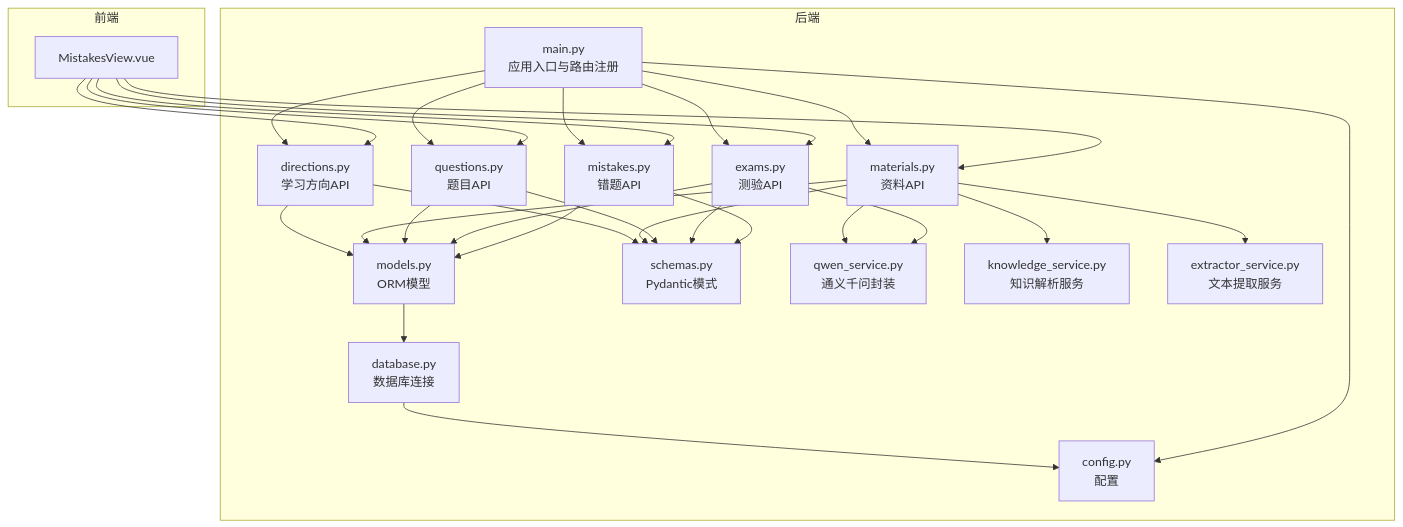
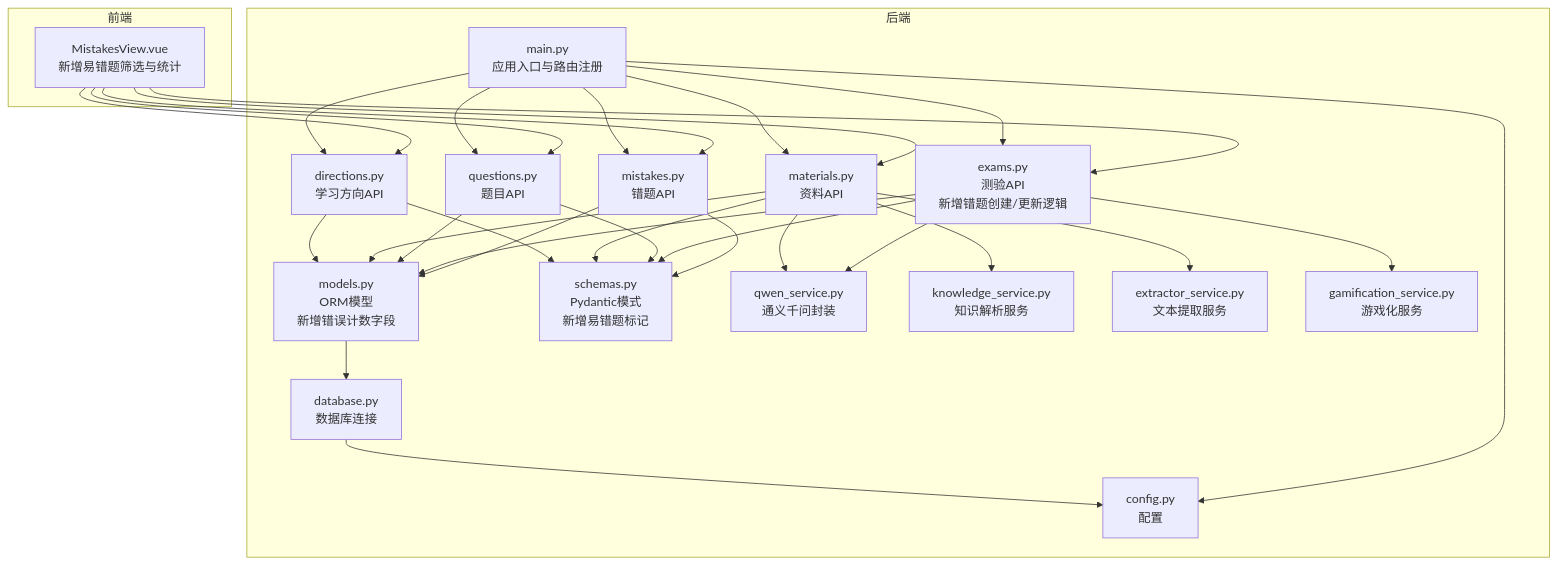
The first of 7 diagrams in .qoder/repowiki/zh/content/核心功能模块/错题管理系统.md (zhiwenli-jack/personal-learning-manager), drawn with Mermaid before and after one commit. The commit also changed other lines of this file and 12 other files, not shown here.

````diff
--- a/.qoder/repowiki/zh/content/核心功能模块/错题管理系统.md
+++ b/.qoder/repowiki/zh/content/核心功能模块/错题管理系统.md
@@ -43,48 +46,50 @@
 ```mermaid
 graph TB
 subgraph "前端"
-FE_Mistakes["MistakesView.vue"]
+FE_Mistakes["MistakesView.vue<br/>新增易错题筛选与统计"]
 end
 subgraph "后端"
 API_Main["main.py<br/>应用入口与路由注册"]
 API_Mistakes["mistakes.py<br/>错题API"]
-API_Exams["exams.py<br/>测验API"]
+API_Exams["exams.py<br/>测验API<br/>新增错题创建/更新逻辑"]
 API_Questions["questions.py<br/>题目API"]
 API_Materials["materials.py<br/>资料API"]
 API_Directions["directions.py<br/>学习方向API"]
-Models["models.py<br/>ORM模型"]
-Schemas["schemas.py<br/>Pydantic模式"]
+Models["models.py<br/>ORM模型<br/>新增错误计数字段"]
+Schemas["schemas.py<br/>Pydantic模式<br/>新增易错题标记"]
 DB["database.py<br/>数据库连接"]
 CFG["config.py<br/>配置"]
 QwenSvc["qwen_service.py<br/>通义千问封装"]
 KNSvc["knowledge_service.py<br/>知识解析服务"]
 EXTSvc["extractor_service.py<br/>文本提取服务"]
+GFSvc["gamification_service.py<br/>游戏化服务"]
 end
 FE_Mistakes --> API_Mistakes
 FE_Mistakes --> API_Exams
 FE_Mistakes --> API_Questions
 FE_Mistakes --> API_Materials
 FE_Mistakes --> API_Directions
 API_Main --> API_Mistakes
 API_Main --> API_Exams
 API_Main --> API_Questions
 API_Main --> API_Materials
 API_Main --> API_Directions
 API_Mistakes --> Models
 API_Exams --> Models
+API_Exams --> GFSvc
 API_Questions --> Models
 API_Materials --> Models
 API_Directions --> Models
 Models --> DB
 API_Mistakes --> Schemas
 API_Exams --> Schemas
 API_Questions --> Schemas
 API_Materials --> Schemas
 API_Directions --> Schemas
 API_Exams --> QwenSvc
 API_Materials --> QwenSvc
 API_Materials --> KNSvc
 API_Materials --> EXTSvc
 API_Main --> CFG
 DB --> CFG
 ```
````
